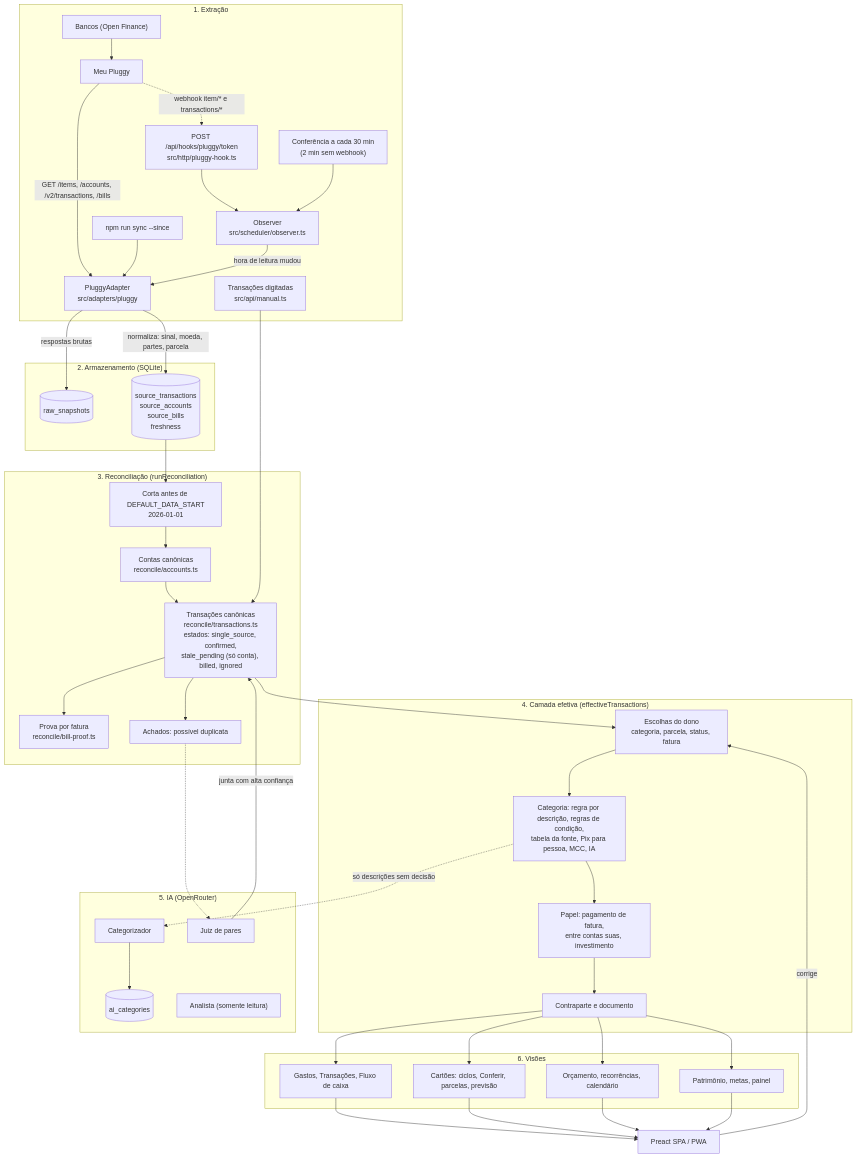
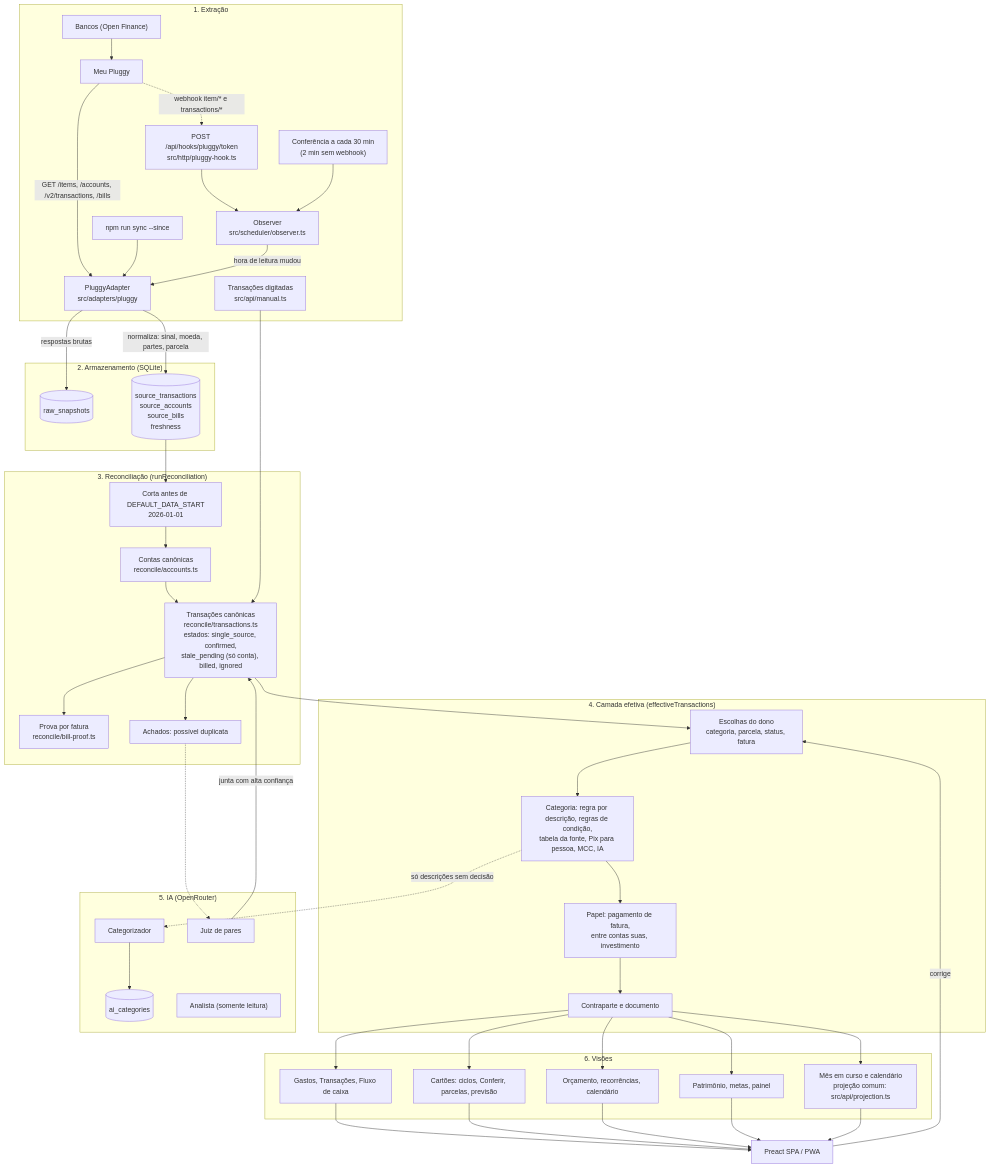
One commit to franklinclf/gata-molhada-finance changed the first of 4 diagrams in docs/data-flow.md. Above: the diagram before and after it, drawn with Mermaid. The commit also changed other lines of this file and 1 other file, not shown here.

First line of the commit message:
docs: mês em curso, o que mudou, janela única das análises, leitura por conta e retenção

````diff
--- a/docs/data-flow.md
+++ b/docs/data-flow.md
@@ -7,52 +7,53 @@
 ```mermaid
 flowchart TD
   subgraph SRC["1. Extração"]
     BANK["Bancos (Open Finance)"] --> MP["Meu Pluggy"]
     MP -->|"GET /items, /accounts, /v2/transactions, /bills"| AD["PluggyAdapter<br/>src/adapters/pluggy"]
     MP -. "webhook item/* e transactions/*" .-> HOOK["POST /api/hooks/pluggy/token<br/>src/http/pluggy-hook.ts"]
     HOOK --> OBS["Observer<br/>src/scheduler/observer.ts"]
     POLL["Conferência a cada 30 min<br/>(2 min sem webhook)"] --> OBS
     CLI["npm run sync --since"] --> AD
     OBS -->|"hora de leitura mudou"| AD
     MANUAL["Transações digitadas<br/>src/api/manual.ts"]
   end
 
   subgraph STORE["2. Armazenamento (SQLite)"]
     AD -->|"respostas brutas"| RAW[("raw_snapshots")]
     AD -->|"normaliza: sinal, moeda, partes, parcela"| ST[("source_transactions<br/>source_accounts<br/>source_bills<br/>freshness")]
   end
 
   subgraph REC["3. Reconciliação (runReconciliation)"]
     ST --> TRIM["Corta antes de DEFAULT_DATA_START<br/>2026-01-01"]
     TRIM --> ACC["Contas canônicas<br/>reconcile/accounts.ts"]
     ACC --> TX["Transações canônicas<br/>reconcile/transactions.ts<br/>estados: single_source, confirmed,<br/>stale_pending (só conta), billed, ignored"]
     TX --> PROOF["Prova por fatura<br/>reconcile/bill-proof.ts"]
     TX --> FIND["Achados: possível duplicata"]
   end
 
   subgraph EFF["4. Camada efetiva (effectiveTransactions)"]
     TX --> E1["Escolhas do dono<br/>categoria, parcela, status, fatura"]
     E1 --> E2["Categoria: regra por descrição, regras de condição,<br/>tabela da fonte, Pix para pessoa, MCC, IA"]
     E2 --> E3["Papel: pagamento de fatura,<br/>entre contas suas, investimento"]
     E3 --> E4["Contraparte e documento"]
   end
 
   subgraph AI["5. IA (OpenRouter)"]
     E2 -.->|"só descrições sem decisão"| CAT["Categorizador"]
     FIND -.-> MAT["Juiz de pares"]
     CAT --> AICAT[("ai_categories")]
     MAT -->|"junta com alta confiança"| TX
     CHAT["Analista (somente leitura)"]
   end
 
   subgraph VIEWS["6. Visões"]
     E4 --> V1["Gastos, Transações, Fluxo de caixa"]
     E4 --> V2["Cartões: ciclos, Conferir, parcelas, previsão"]
     E4 --> V3["Orçamento, recorrências, calendário"]
     E4 --> V4["Patrimônio, metas, painel"]
+    E4 --> V5["Mês em curso e calendário<br/>projeção comum: src/api/projection.ts"]
   end
 
   MANUAL --> TX
-  V1 & V2 & V3 & V4 --> WEB["Preact SPA / PWA"]
+  V1 & V2 & V3 & V4 & V5 --> WEB["Preact SPA / PWA"]
   WEB -->|"corrige"| E1
 ```
````
